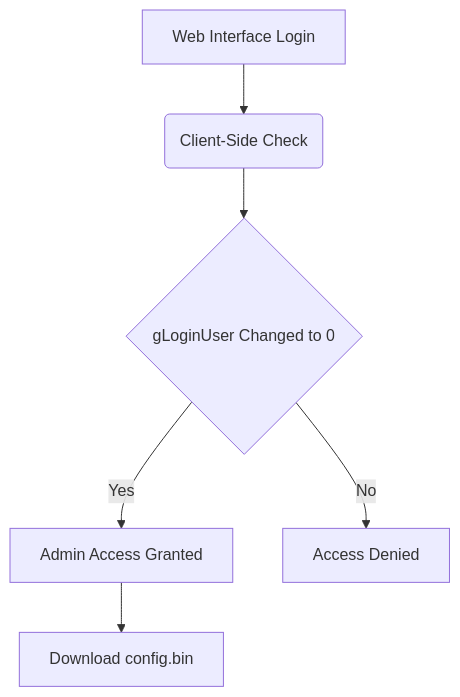
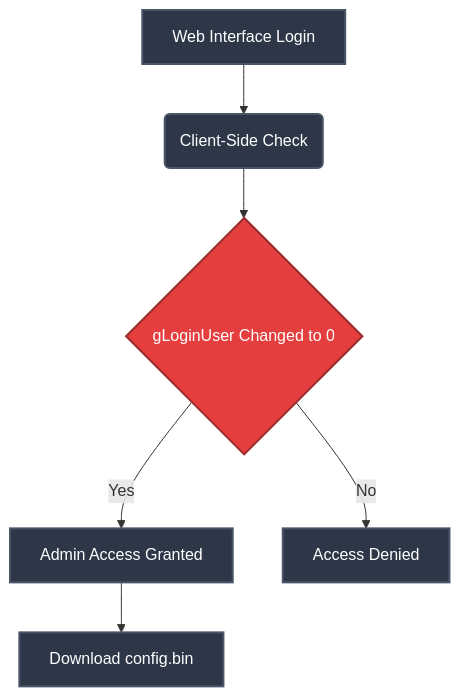
One commit to boutaba-motezeballah/fiberhome-privesc-0day changed the diagram in README.md. Above: the diagram before and after it, drawn with Mermaid.

Commit message:
Enhance Code Flow diagram in README
Updated the Code Flow diagram in README.md to enhance clarity.

````diff
--- a/README.md
+++ b/README.md
@@ -19,8 +19,14 @@
 ```mermaid
 graph TD
+    classDef target fill:#2d3748,stroke:#4a5568,stroke-width:2px,color:#fff;
+    classDef alert fill:#e53e3e,stroke:#9b2c2c,stroke-width:2px,color:#fff;
+
     A[Web Interface Login] --> B(Client-Side Check)
     B --> C{gLoginUser Changed to 0}
     C -->|Yes| D[Admin Access Granted]
     C -->|No| E[Access Denied]
     D --> F[Download config.bin]
+
+    class A,B,C,D,E,F target;
+    class C alert;
 ```
````
